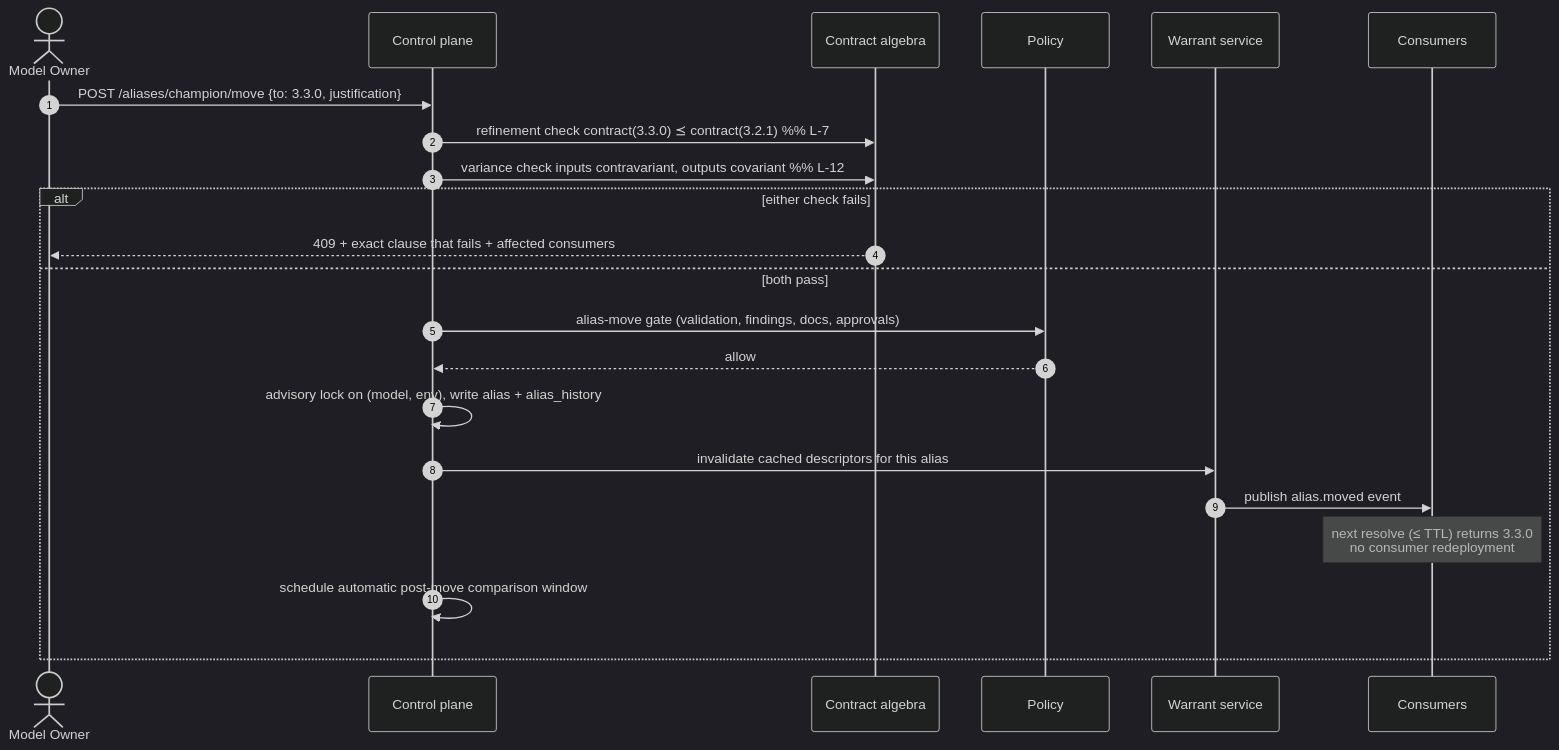
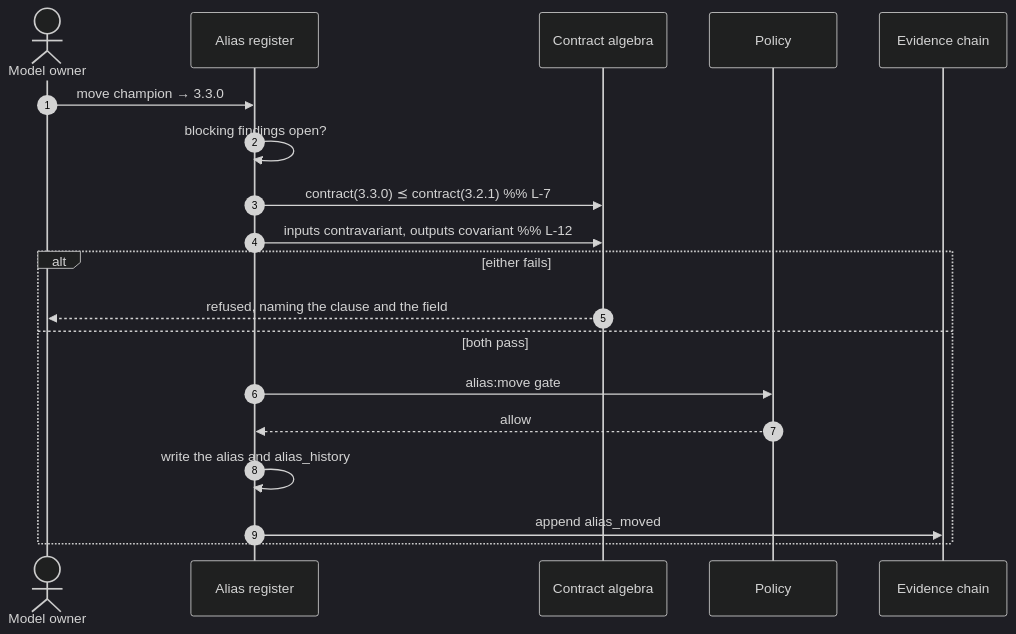
One commit to ajsinha/maya changed the second of 2 diagrams in docs/06-warrants-and-execution.md. Above: the diagram before and after it, drawn with Mermaid (dark theme). The commit also changed other lines of this file and 37 other files, not shown here.

````diff
--- a/docs/06-warrants-and-execution.md
+++ b/docs/06-warrants-and-execution.md
@@ -435,25 +545,22 @@
 ```mermaid
 sequenceDiagram
     autonumber
-    actor O as Model Owner
-    participant API as Control plane
+    actor O as Model owner
+    participant API as Alias register
     participant DOM as Contract algebra
     participant POL as Policy
-    participant HK as Warrant service
-    participant CON as Consumers
+    participant EV as Evidence chain
 
-    O->>API: POST /aliases/champion/move {to: 3.3.0, justification}
-    API->>DOM: refinement check  contract(3.3.0) ⪯ contract(3.2.1)   %% L-7
-    API->>DOM: variance check  inputs contravariant, outputs covariant %% L-12
-    alt either check fails
-        DOM-->>O: 409 + exact clause that fails + affected consumers
+    O->>API: move champion → 3.3.0
+    API->>API: blocking findings open?
+    API->>DOM: contract(3.3.0) ⪯ contract(3.2.1)                 %% L-7
+    API->>DOM: inputs contravariant, outputs covariant           %% L-12
+    alt either fails
+        DOM-->>O: refused, naming the clause and the field
     else both pass
-        API->>POL: alias-move gate (validation, findings, docs, approvals)
+        API->>POL: alias:move gate
         POL-->>API: allow
-        API->>API: advisory lock on (model, env), write alias + alias_history
-        API->>HK: invalidate cached descriptors for this alias
-        HK->>CON: publish alias.moved event
-        Note over CON: next resolve (≤ TTL) returns 3.3.0<br/>no consumer redeployment
-        API->>API: schedule automatic post-move comparison window
+        API->>API: write the alias and alias_history
+        API->>EV: append alias_moved
     end
 ```
````
